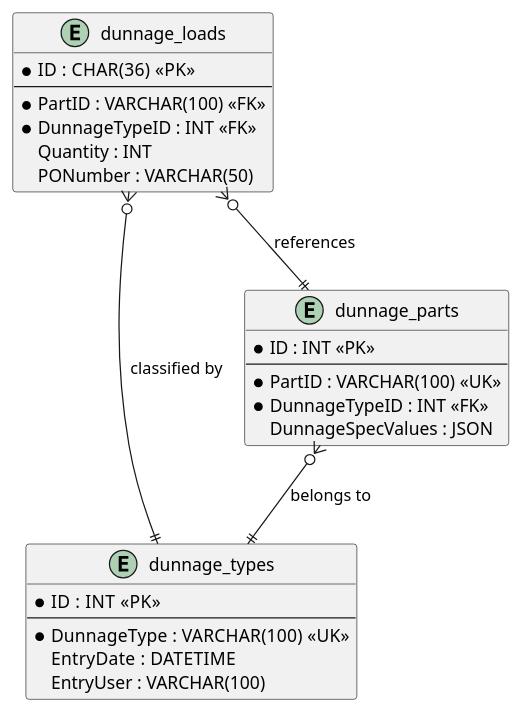
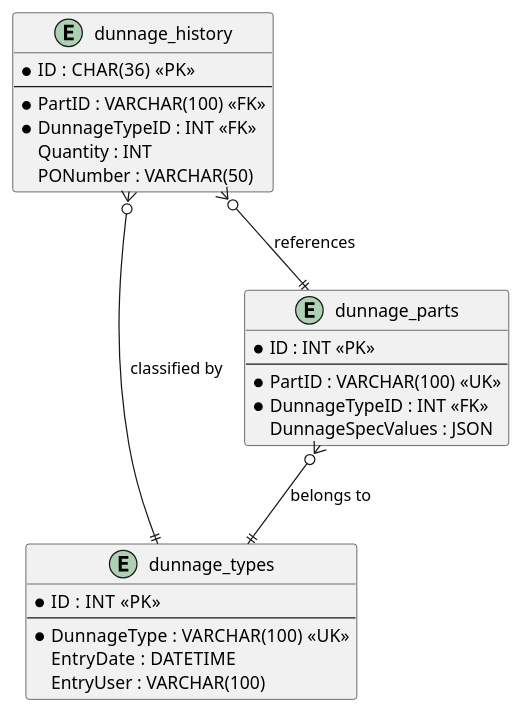
Before and after one commit to JDKoll1982/MTM_Receiving_Application: diagram 11 of 19 in .github/instructions/plantuml-guide.instructions.md, drawn with PlantUML. The commit also changed other lines of this file and 287 other files, not shown here.

````diff
--- a/.github/instructions/plantuml-guide.instructions.md
+++ b/.github/instructions/plantuml-guide.instructions.md
@@ -434,32 +434,32 @@
 ```plantuml
 @startuml
 entity "dunnage_types" {
     * ID :  INT <<PK>>
     --
     * DunnageType :  VARCHAR(100) <<UK>>
     EntryDate :  DATETIME
     EntryUser : VARCHAR(100)
 }
 
 entity "dunnage_parts" {
     * ID : INT <<PK>>
     --
     * PartID : VARCHAR(100) <<UK>>
     * DunnageTypeID : INT <<FK>>
     DunnageSpecValues : JSON
 }
 
-entity "dunnage_loads" {
+entity "dunnage_history" {
     * ID :  CHAR(36) <<PK>>
     --
     * PartID : VARCHAR(100) <<FK>>
     * DunnageTypeID : INT <<FK>>
     Quantity : INT
     PONumber : VARCHAR(50)
 }
 
 dunnage_parts }o--|| dunnage_types : "belongs to"
-dunnage_loads }o--|| dunnage_parts : "references"
-dunnage_loads }o--|| dunnage_types : "classified by"
+dunnage_history }o--|| dunnage_parts : "references"
+dunnage_history }o--|| dunnage_types : "classified by"
 @enduml
 ```
````
